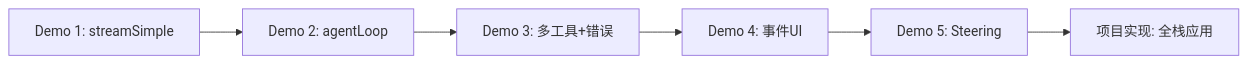
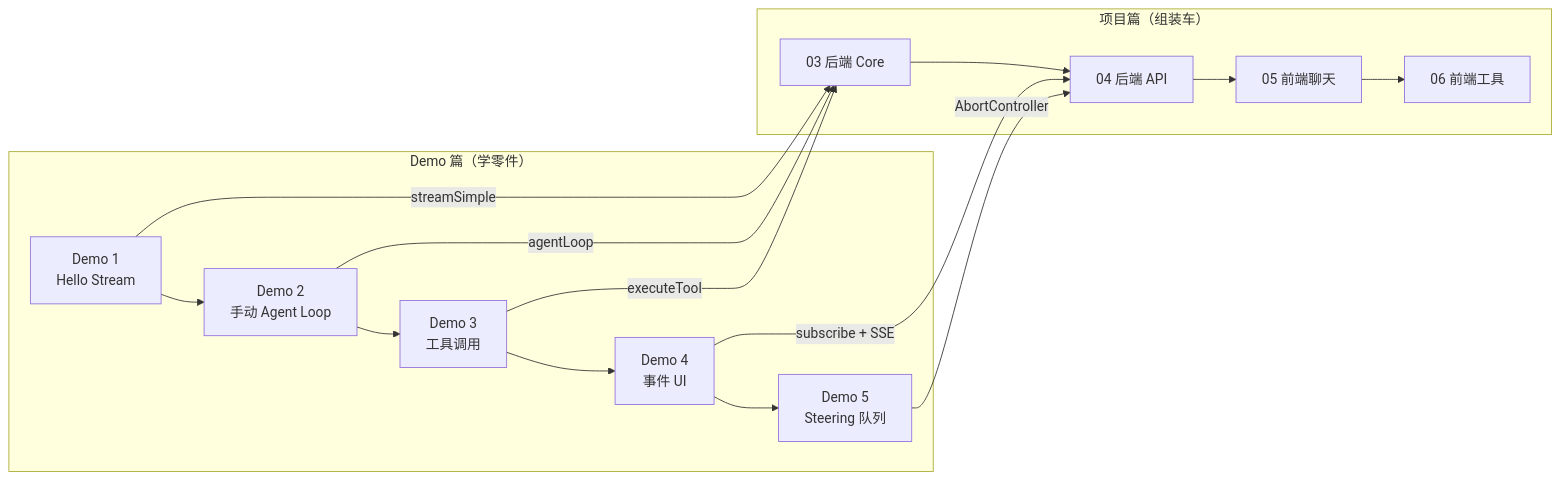
Before and after one commit to wusiration/pi-agent-tutorial: the diagram in docs/demos/index.md, drawn with Mermaid. The commit also changed other lines of this file and 1 other file, not shown here.

````diff
--- a/docs/demos/index.md
+++ b/docs/demos/index.md
@@ -30,8 +9,21 @@
 ```mermaid
 graph LR
-    A[Demo 1: streamSimple] --> B[Demo 2: agentLoop]
-    B --> C[Demo 3: 多工具+错误]
-    C --> D[Demo 4: 事件UI]
-    D --> E[Demo 5: Steering]
-    E --> F[项目实现: 全栈应用]
+    subgraph "Demo 篇（学零件）"
+        D1[Demo 1<br/>Hello Stream] --> D2[Demo 2<br/>手动 Agent Loop]
+        D2 --> D3[Demo 3<br/>工具调用]
+        D3 --> D4[Demo 4<br/>事件 UI]
+        D4 --> D5[Demo 5<br/>Steering 队列]
+    end
+
+    subgraph "项目篇（组装车）"
+        P3[03 后端 Core] --> P4[04 后端 API]
+        P4 --> P5[05 前端聊天]
+        P5 --> P6[06 前端工具]
+    end
+
+    D1 -->|streamSimple| P3
+    D2 -->|agentLoop| P3
+    D3 -->|executeTool| P3
+    D4 -->|subscribe + SSE| P4
+    D5 -->|AbortController| P4
 ```
````
